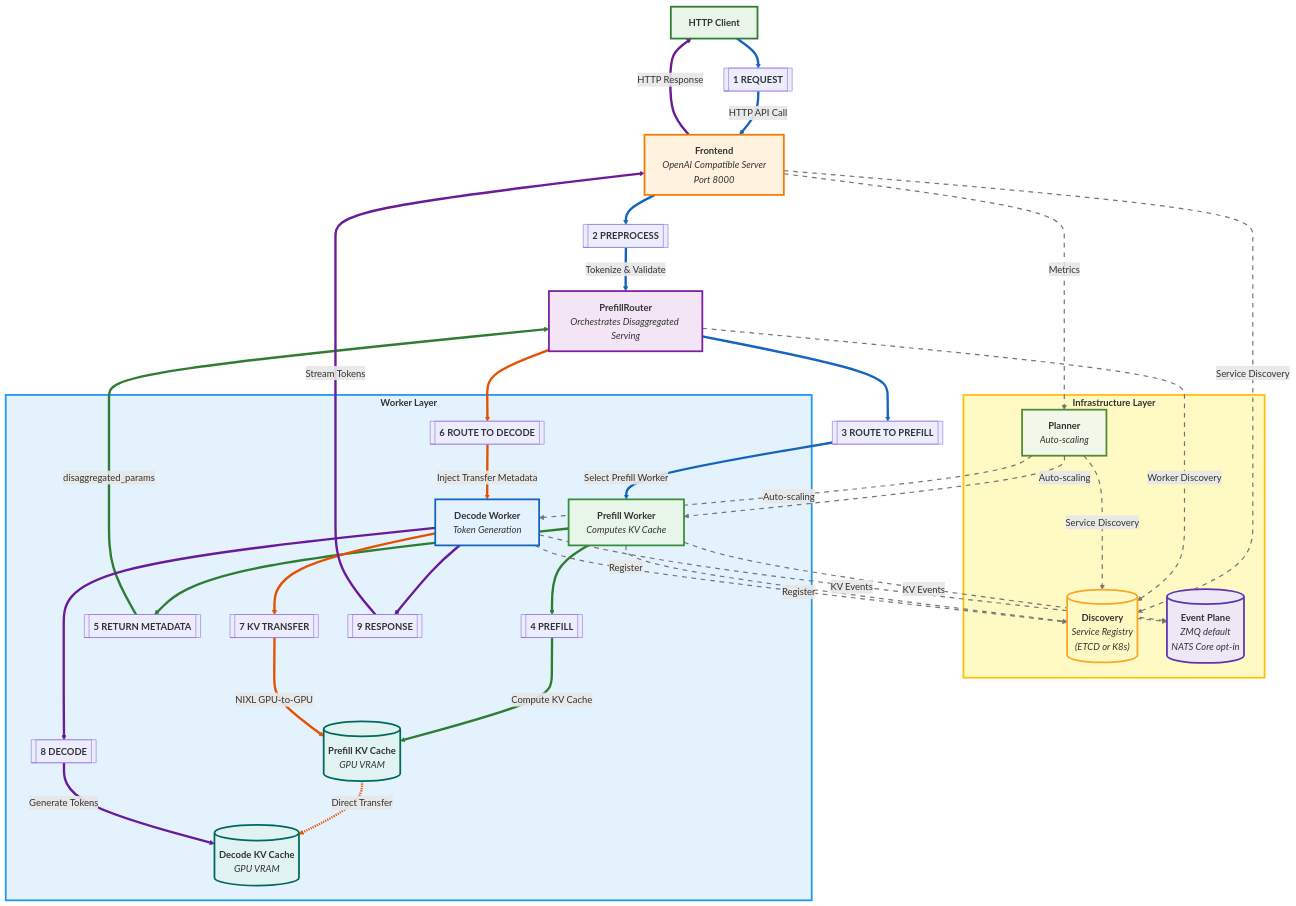
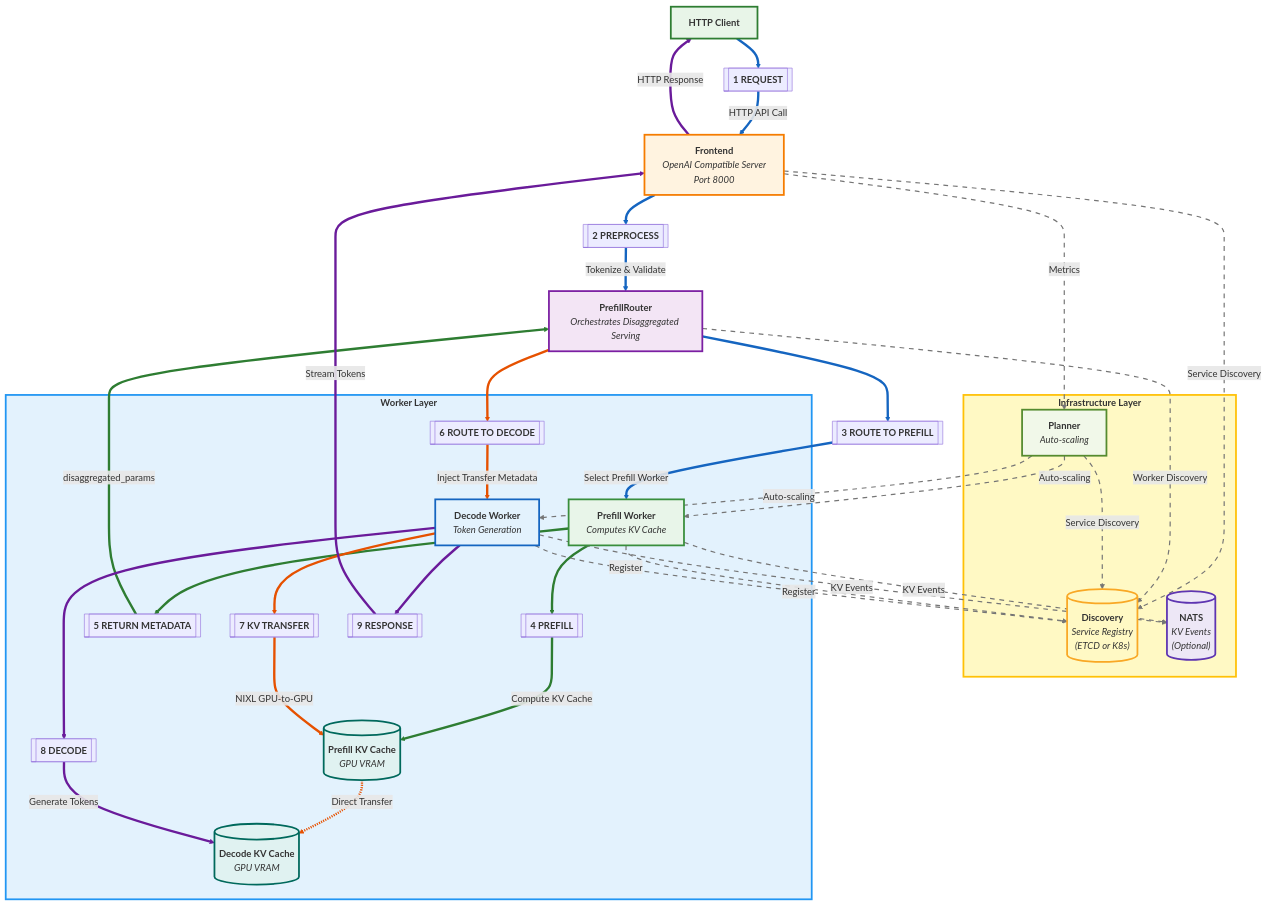
Before and after one commit to ai-dynamo/dynamo: the diagram in docs/design-docs/dynamo-flow.md, drawn with Mermaid. The commit also changed other lines of this file and 70 other files, not shown here.

```diff
--- a/docs/design-docs/dynamo-flow.md
+++ b/docs/design-docs/dynamo-flow.md
@@ -83,7 +82,7 @@
     %% Infrastructure
     subgraph INF["<b>Infrastructure Layer</b>"]
         Discovery[("<b>Discovery</b><br/><i>Service Registry<br/>(ETCD or K8s)</i>")]
-        EventPlane[("<b>Event Plane</b><br/><i>ZMQ default<br/>NATS Core opt-in</i>")]
+        NATS[("<b>NATS</b><br/><i>KV Events<br/>(Optional)</i>")]
         Planner["<b>Planner</b><br/><i>Auto-scaling</i>"]
     end
 
@@ -141,9 +140,9 @@
     DecodeWorker -.->|Register| Discovery
     Planner -.->|Service Discovery| Discovery
 
-    %% Event plane for KV events (worker roles vary by backend)
-    PrefillWorker -.->|KV Events| EventPlane
-    DecodeWorker -.->|KV Events| EventPlane
+    %% NATS for KV events (optional)
+    PrefillWorker -.->|KV Events| NATS
+    DecodeWorker -.->|KV Events| NATS
 
     %% Planning Connections
     Frontend -.->|Metrics| Planner
@@ -159,7 +158,7 @@
     classDef planner fill:#f1f8e9,stroke:#558B2F,stroke-width:3px
     classDef storage fill:#e0f2f1,stroke:#00695C,stroke-width:3px
     classDef discovery fill:#fff9c4,stroke:#F9A825,stroke-width:3px
-    classDef eventPlane fill:#ede7f6,stroke:#5E35B1,stroke-width:3px
+    classDef nats fill:#ede7f6,stroke:#5E35B1,stroke-width:3px
     classDef infraLayer fill:#fff9c4,stroke:#FFC107,stroke-width:3px
     classDef workerLayer fill:#e3f2fd,stroke:#2196F3,stroke-width:3px
 
@@ -171,7 +170,7 @@
     class Planner planner
     class PrefillKVCache,DecodeKVCache storage
     class Discovery discovery
-    class EventPlane eventPlane
+    class NATS nats
     class INF infraLayer
     class WL workerLayer
 
```
